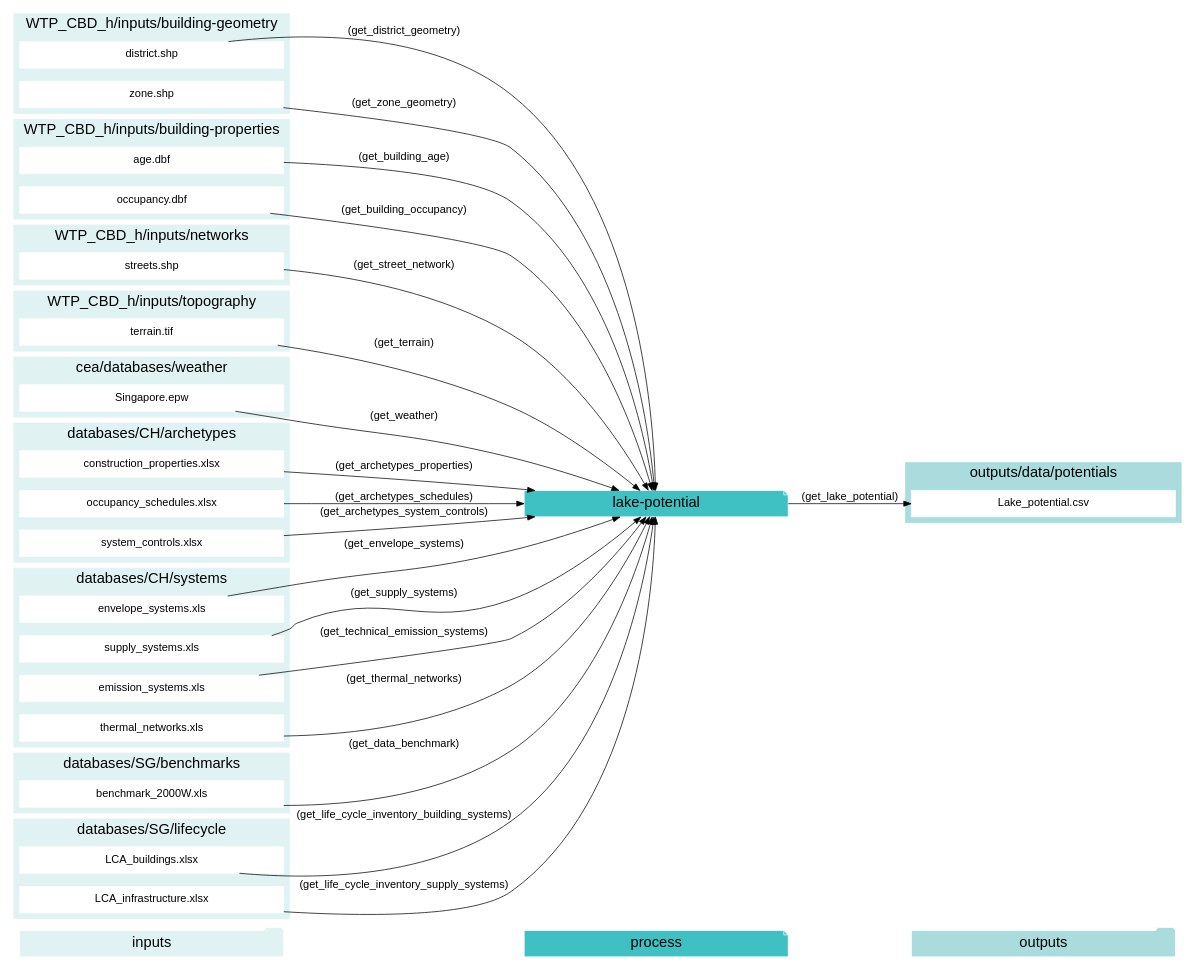
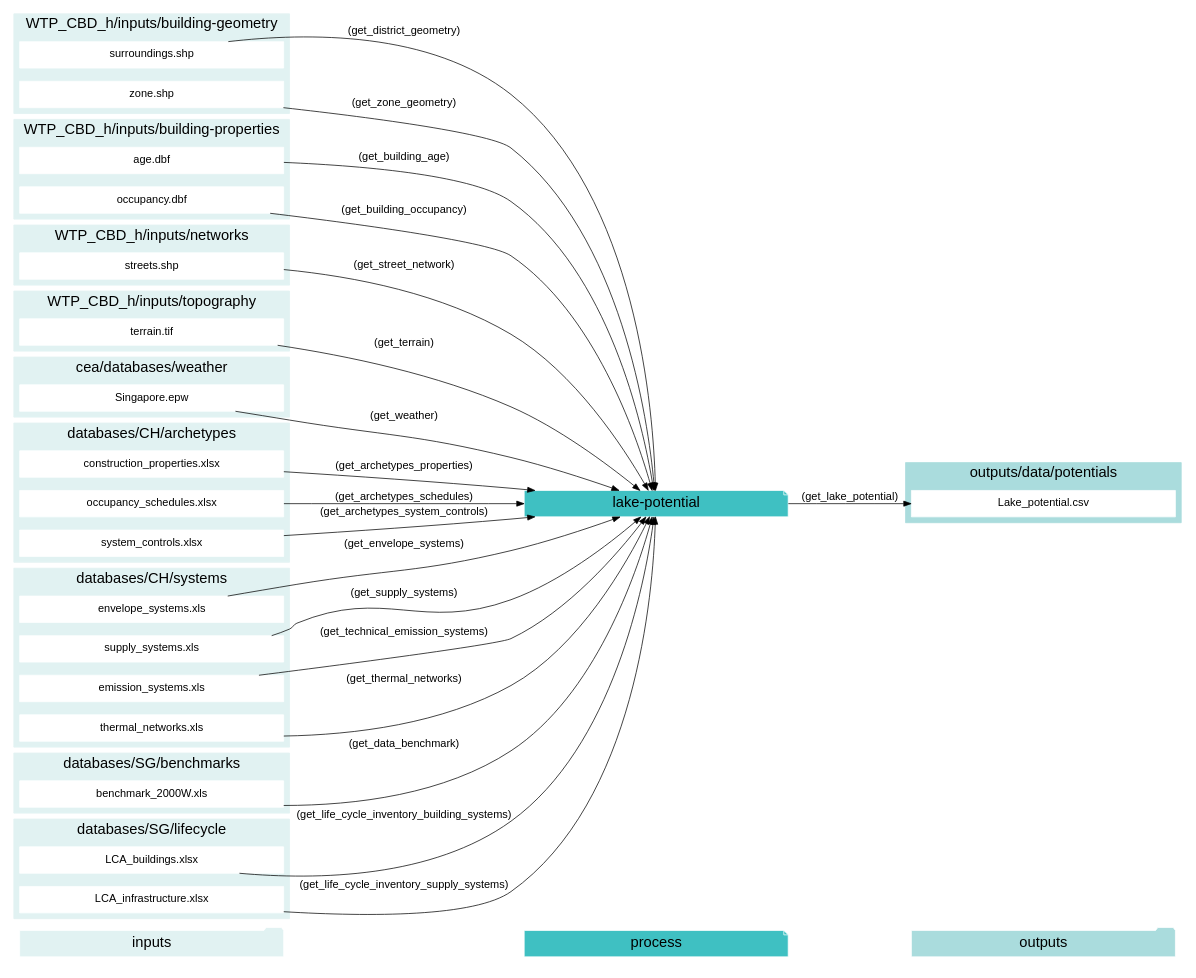
The diagram in docs/graphviz/lake-potential.gv (architecture-building-systems/CityEnergyAnalyst), drawn with Graphviz before and after one commit. The commit also changed 40 other files, not shown here.

Commit message:
renaming district to surroundings

```diff
--- a/docs/graphviz/lake-potential.gv
+++ b/docs/graphviz/lake-potential.gv
@@ -1,123 +1,123 @@
 digraph trace_inputlocator {
     rankdir="LR";
     graph [overlap=false, fontname=arial];
     node [shape=box, style=filled, color=white, fontsize=15, fontname=arial, fixedsize=true, width=5];
     edge [fontname=arial, fontsize = 15]
     newrank=true
     subgraph cluster_legend {
     fontsize=25
     style=invis
     "process"[style=filled, fillcolor="#3FC0C2", shape=note, fontsize=20, fontname="arial"]
     "inputs" [style=filled, shape=folder, color=white, fillcolor="#E1F2F2", fontsize=20]
     "outputs"[style=filled, shape=folder, color=white, fillcolor="#aadcdd", fontsize=20]
     "inputs"->"process"[style=invis]
     "process"->"outputs"[style=invis]
     }
     "lake-potential"[style=filled, color=white, fillcolor="#3FC0C2", shape=note, fontsize=20, fontname=arial];
     subgraph cluster_0_in {
         style = filled;
         color = "#E1F2F2";
         fontsize = 20;
         rank=same;
         label="WTP_CBD_h/inputs/building-geometry";
-        "district.shp"
+        "surroundings.shp"
         "zone.shp"
     }
     subgraph cluster_1_in {
         style = filled;
         color = "#E1F2F2";
         fontsize = 20;
         rank=same;
         label="WTP_CBD_h/inputs/building-properties";
         "age.dbf"
         "occupancy.dbf"
     }
     subgraph cluster_2_in {
         style = filled;
         color = "#E1F2F2";
         fontsize = 20;
         rank=same;
         label="WTP_CBD_h/inputs/networks";
         "streets.shp"
     }
     subgraph cluster_3_in {
         style = filled;
         color = "#E1F2F2";
         fontsize = 20;
         rank=same;
         label="WTP_CBD_h/inputs/topography";
         "terrain.tif"
     }
     subgraph cluster_4_in {
         style = filled;
         color = "#E1F2F2";
         fontsize = 20;
         rank=same;
         label="cea/databases/weather";
         "Singapore.epw"
     }
     subgraph cluster_5_in {
         style = filled;
         color = "#E1F2F2";
         fontsize = 20;
         rank=same;
         label="databases/CH/archetypes";
         "construction_properties.xlsx"
         "occupancy_schedules.xlsx"
         "system_controls.xlsx"
     }
     subgraph cluster_6_in {
         style = filled;
         color = "#E1F2F2";
         fontsize = 20;
         rank=same;
         label="databases/CH/systems";
         "envelope_systems.xls"
         "supply_systems.xls"
         "emission_systems.xls"
         "thermal_networks.xls"
     }
     subgraph cluster_7_in {
         style = filled;
         color = "#E1F2F2";
         fontsize = 20;
         rank=same;
         label="databases/SG/benchmarks";
         "benchmark_2000W.xls"
     }
     subgraph cluster_8_in {
         style = filled;
         color = "#E1F2F2";
         fontsize = 20;
         rank=same;
         label="databases/SG/lifecycle";
         "LCA_buildings.xlsx"
         "LCA_infrastructure.xlsx"
     }
     subgraph cluster_9_out {
         style = filled;
         color = "#aadcdd";
         fontsize = 20;
         rank=same;
         label="outputs/data/potentials";
         "Lake_potential.csv"
     }
     "construction_properties.xlsx" -> "lake-potential"[label="(get_archetypes_properties)"]
     "occupancy_schedules.xlsx" -> "lake-potential"[label="(get_archetypes_schedules)"]
     "system_controls.xlsx" -> "lake-potential"[label="(get_archetypes_system_controls)"]
     "age.dbf" -> "lake-potential"[label="(get_building_age)"]
     "occupancy.dbf" -> "lake-potential"[label="(get_building_occupancy)"]
     "benchmark_2000W.xls" -> "lake-potential"[label="(get_data_benchmark)"]
-    "district.shp" -> "lake-potential"[label="(get_district_geometry)"]
+    "surroundings.shp" -> "lake-potential"[label="(get_district_geometry)"]
     "envelope_systems.xls" -> "lake-potential"[label="(get_envelope_systems)"]
     "LCA_buildings.xlsx" -> "lake-potential"[label="(get_life_cycle_inventory_building_systems)"]
     "LCA_infrastructure.xlsx" -> "lake-potential"[label="(get_life_cycle_inventory_supply_systems)"]
     "streets.shp" -> "lake-potential"[label="(get_street_network)"]
     "supply_systems.xls" -> "lake-potential"[label="(get_supply_systems)"]
     "emission_systems.xls" -> "lake-potential"[label="(get_technical_emission_systems)"]
     "terrain.tif" -> "lake-potential"[label="(get_terrain)"]
     "thermal_networks.xls" -> "lake-potential"[label="(get_thermal_networks)"]
     "Singapore.epw" -> "lake-potential"[label="(get_weather)"]
     "zone.shp" -> "lake-potential"[label="(get_zone_geometry)"]
     "lake-potential" -> "Lake_potential.csv"[label="(get_lake_potential)"]
     }
```
